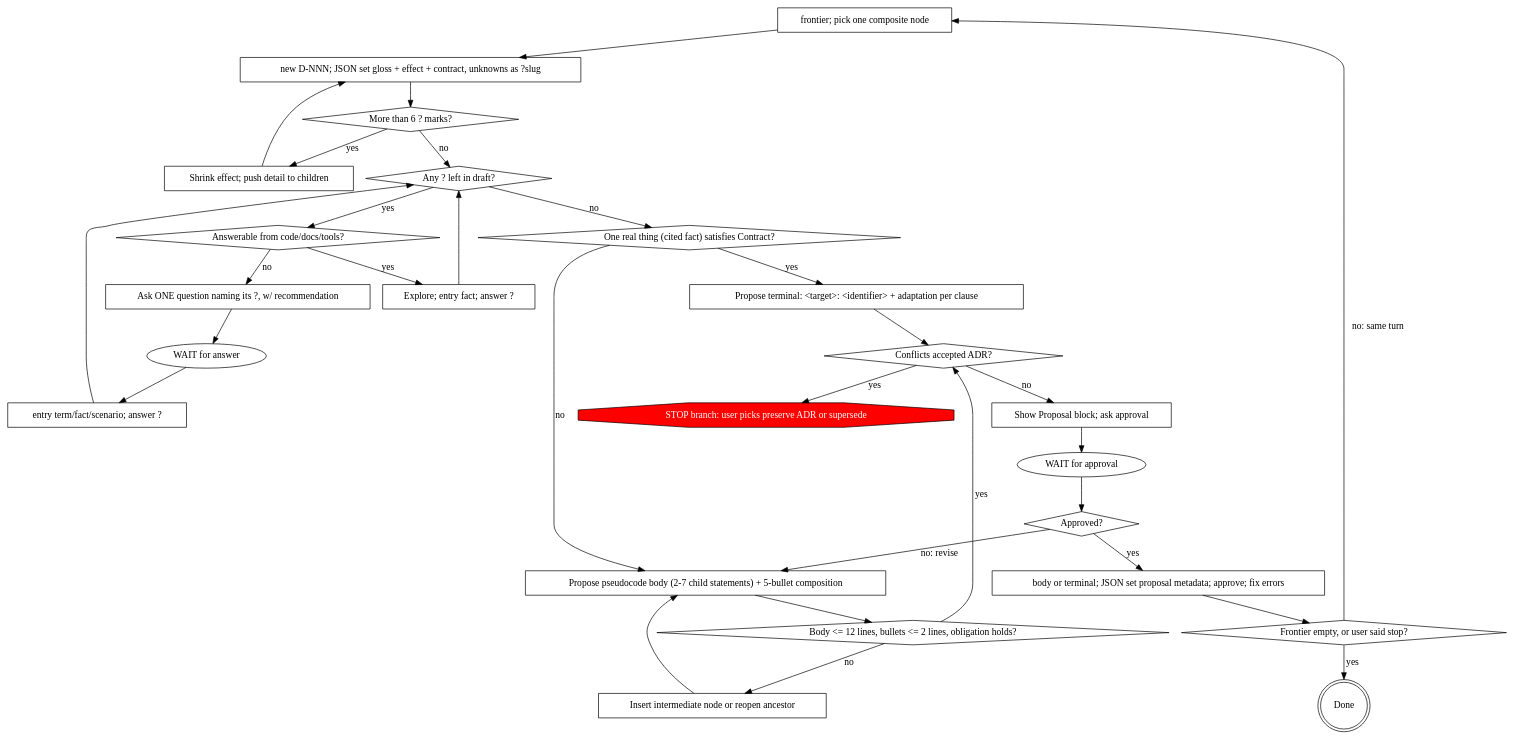
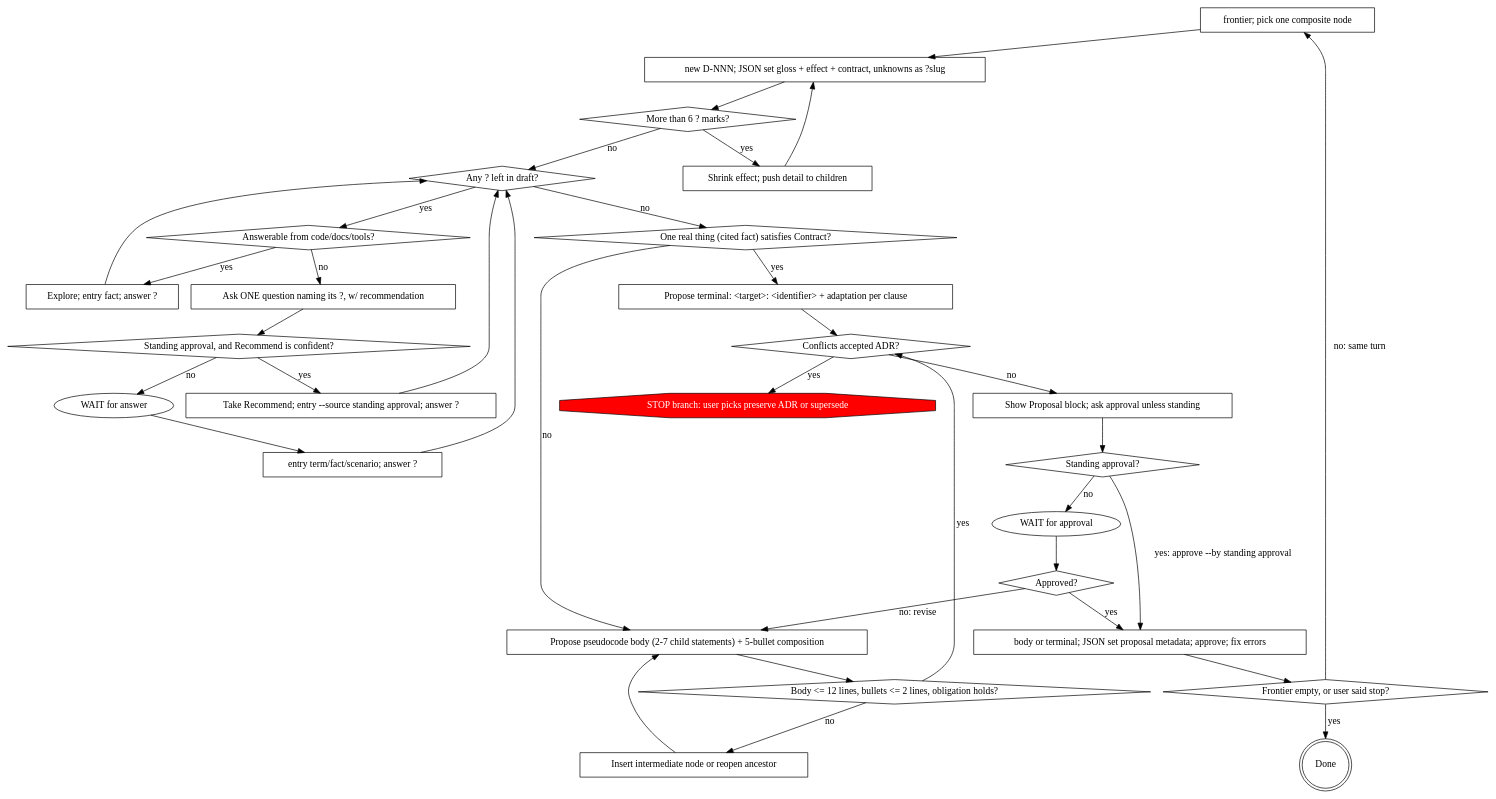
One commit to HollandDM/my-skills changed the diagram in constructing-software-stepwise/skills/constructing-software-stepwise/SKILL.md. Above: the diagram before and after it, drawn with Graphviz. The commit also changed other lines of this file and 2 other files, not shown here.

````diff
--- a/constructing-software-stepwise/skills/constructing-software-stepwise/SKILL.md
+++ b/constructing-software-stepwise/skills/constructing-software-stepwise/SKILL.md
@@ -132,57 +160,65 @@
 ```dot
 digraph refine {
     "frontier; pick one composite node" [shape=box];
     "new D-NNN; JSON set gloss + effect + contract, unknowns as ?slug" [shape=box];
     "More than 6 ? marks?" [shape=diamond];
     "Shrink effect; push detail to children" [shape=box];
     "Any ? left in draft?" [shape=diamond];
     "Answerable from code/docs/tools?" [shape=diamond];
     "Explore; entry fact; answer ?" [shape=box];
     "Ask ONE question naming its ?, w/ recommendation" [shape=box];
+    "Standing approval, and Recommend is confident?" [shape=diamond];
+    "Take Recommend; entry --source standing approval; answer ?" [shape=box];
     "WAIT for answer" [shape=ellipse];
     "entry term/fact/scenario; answer ?" [shape=box];
     "One real thing (cited fact) satisfies Contract?" [shape=diamond];
     "Propose terminal: <target>: <identifier> + adaptation per clause" [shape=box];
     "Propose pseudocode body (2-7 child statements) + 5-bullet composition" [shape=box];
     "Body <= 12 lines, bullets <= 2 lines, obligation holds?" [shape=diamond];
     "Insert intermediate node or reopen ancestor" [shape=box];
     "Conflicts accepted ADR?" [shape=diamond];
     "STOP branch: user picks preserve ADR or supersede" [shape=octagon, style=filled, fillcolor=red, fontcolor=white];
-    "Show Proposal block; ask approval" [shape=box];
+    "Show Proposal block; ask approval unless standing" [shape=box];
+    "Standing approval?" [shape=diamond];
     "WAIT for approval" [shape=ellipse];
     "Approved?" [shape=diamond];
     "body or terminal; JSON set proposal metadata; approve; fix errors" [shape=box];
     "Frontier empty, or user said stop?" [shape=diamond];
     "Done" [shape=doublecircle];
 
     "frontier; pick one composite node" -> "new D-NNN; JSON set gloss + effect + contract, unknowns as ?slug";
     "new D-NNN; JSON set gloss + effect + contract, unknowns as ?slug" -> "More than 6 ? marks?";
     "More than 6 ? marks?" -> "Shrink effect; push detail to children" [label="yes"];
     "Shrink effect; push detail to children" -> "new D-NNN; JSON set gloss + effect + contract, unknowns as ?slug";
     "More than 6 ? marks?" -> "Any ? left in draft?" [label="no"];
     "Any ? left in draft?" -> "Answerable from code/docs/tools?" [label="yes"];
     "Answerable from code/docs/tools?" -> "Explore; entry fact; answer ?" [label="yes"];
     "Explore; entry fact; answer ?" -> "Any ? left in draft?";
     "Answerable from code/docs/tools?" -> "Ask ONE question naming its ?, w/ recommendation" [label="no"];
-    "Ask ONE question naming its ?, w/ recommendation" -> "WAIT for answer";
+    "Ask ONE question naming its ?, w/ recommendation" -> "Standing approval, and Recommend is confident?";
+    "Standing approval, and Recommend is confident?" -> "Take Recommend; entry --source standing approval; answer ?" [label="yes"];
+    "Standing approval, and Recommend is confident?" -> "WAIT for answer" [label="no"];
+    "Take Recommend; entry --source standing approval; answer ?" -> "Any ? left in draft?";
     "WAIT for answer" -> "entry term/fact/scenario; answer ?";
     "entry term/fact/scenario; answer ?" -> "Any ? left in draft?";
     "Any ? left in draft?" -> "One real thing (cited fact) satisfies Contract?" [label="no"];
     "One real thing (cited fact) satisfies Contract?" -> "Propose terminal: <target>: <identifier> + adaptation per clause" [label="yes"];
     "Propose terminal: <target>: <identifier> + adaptation per clause" -> "Conflicts accepted ADR?";
     "One real thing (cited fact) satisfies Contract?" -> "Propose pseudocode body (2-7 child statements) + 5-bullet composition" [label="no"];
     "Propose pseudocode body (2-7 child statements) + 5-bullet composition" -> "Body <= 12 lines, bullets <= 2 lines, obligation holds?";
     "Body <= 12 lines, bullets <= 2 lines, obligation holds?" -> "Insert intermediate node or reopen ancestor" [label="no"];
     "Insert intermediate node or reopen ancestor" -> "Propose pseudocode body (2-7 child statements) + 5-bullet composition";
     "Body <= 12 lines, bullets <= 2 lines, obligation holds?" -> "Conflicts accepted ADR?" [label="yes"];
     "Conflicts accepted ADR?" -> "STOP branch: user picks preserve ADR or supersede" [label="yes"];
-    "Conflicts accepted ADR?" -> "Show Proposal block; ask approval" [label="no"];
-    "Show Proposal block; ask approval" -> "WAIT for approval";
+    "Conflicts accepted ADR?" -> "Show Proposal block; ask approval unless standing" [label="no"];
+    "Show Proposal block; ask approval unless standing" -> "Standing approval?";
+    "Standing approval?" -> "body or terminal; JSON set proposal metadata; approve; fix errors" [label="yes: approve --by standing approval"];
+    "Standing approval?" -> "WAIT for approval" [label="no"];
     "WAIT for approval" -> "Approved?";
     "Approved?" -> "Propose pseudocode body (2-7 child statements) + 5-bullet composition" [label="no: revise"];
     "Approved?" -> "body or terminal; JSON set proposal metadata; approve; fix errors" [label="yes"];
     "body or terminal; JSON set proposal metadata; approve; fix errors" -> "Frontier empty, or user said stop?";
     "Frontier empty, or user said stop?" -> "Done" [label="yes"];
     "Frontier empty, or user said stop?" -> "frontier; pick one composite node" [label="no: same turn"];
 }
 ```
````
